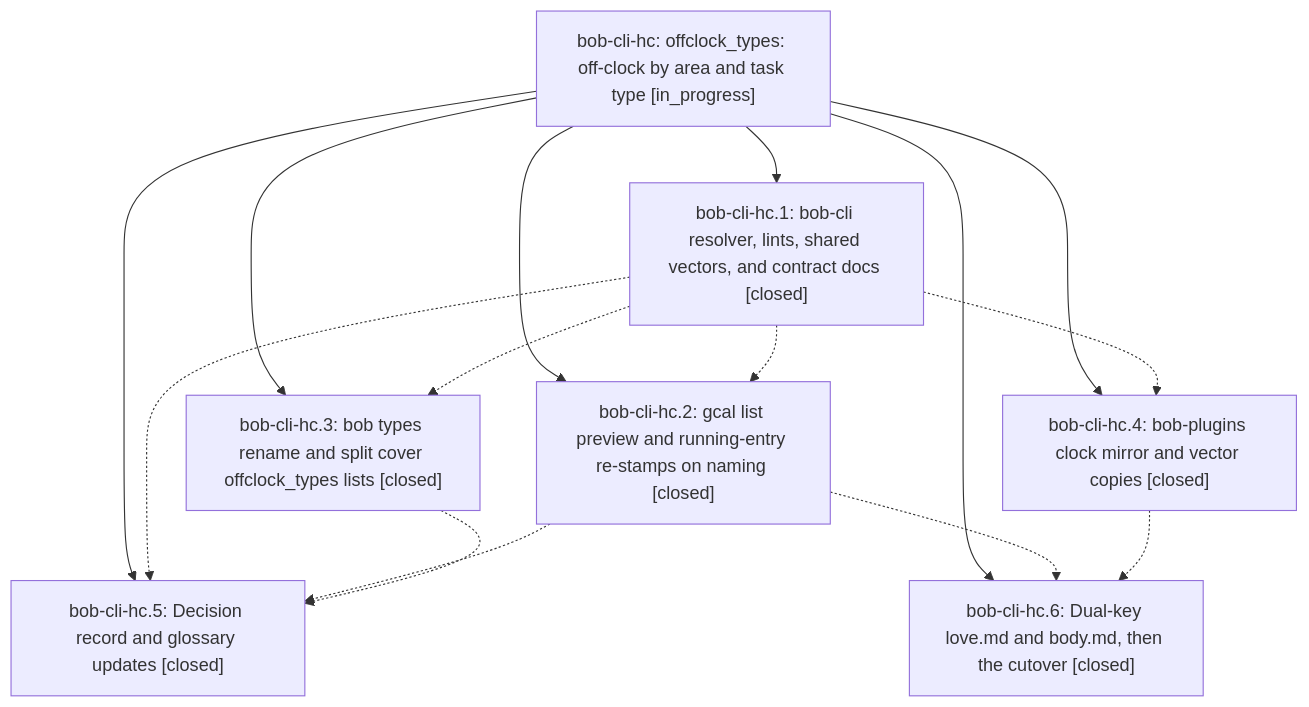
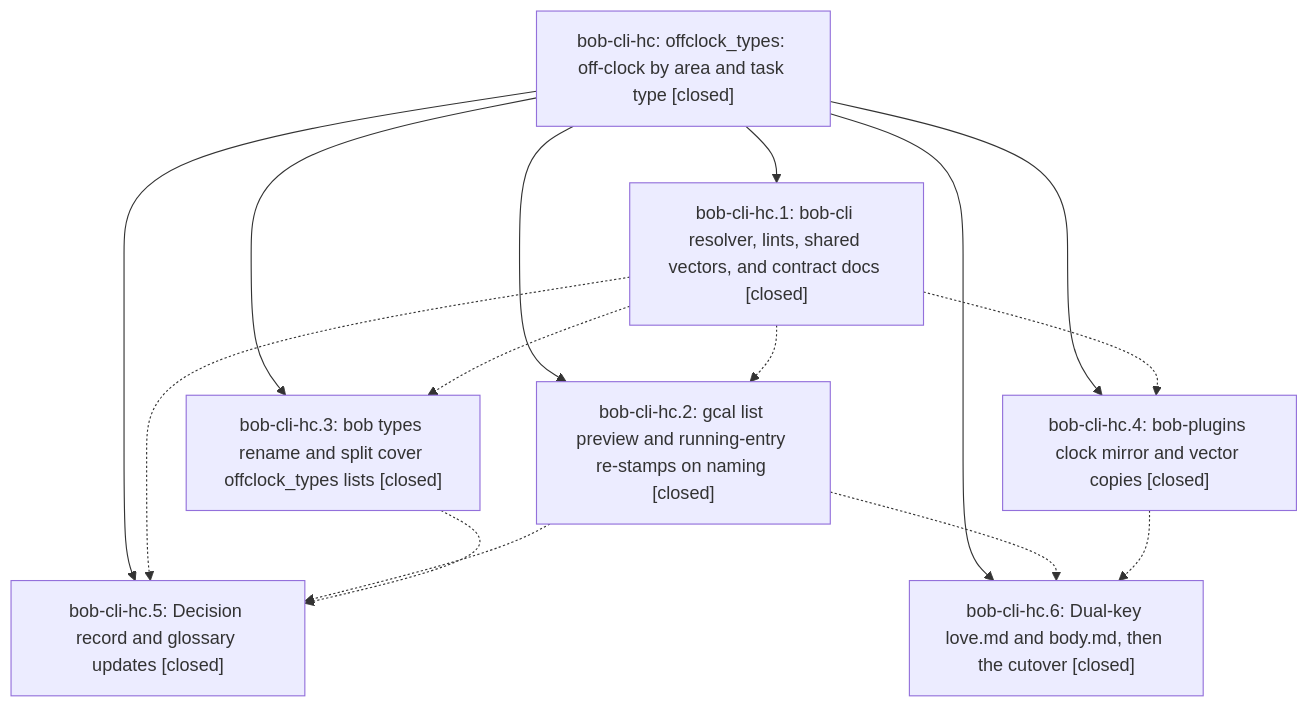
The diagram in pages/bob-cli-hc/README.md (bobs-org/bob-cli--beads), drawn with Mermaid before and after one commit. The commit also changed other lines of this file and 6 other files, not shown here.

First line of the commit message:
chore(beads): sync bead state and pages for bob-cli-hc

````diff
--- a/pages/bob-cli-hc/README.md
+++ b/pages/bob-cli-hc/README.md
@@ -45,24 +49,24 @@
 ```mermaid
 flowchart TD
-    n0["bob-cli-hc: offclock_types: off-clock by area and task type [in_progress]"]
+    n0["bob-cli-hc: offclock_types: off-clock by area and task type [closed]"]
     n1["bob-cli-hc.1: bob-cli resolver, lints, shared vectors, and contract docs [closed]"]
     n2["bob-cli-hc.2: gcal list preview and running-entry re-stamps on naming [closed]"]
     n3["bob-cli-hc.3: bob types rename and split cover offclock_types lists [closed]"]
     n4["bob-cli-hc.4: bob-plugins clock mirror and vector copies [closed]"]
     n5["bob-cli-hc.5: Decision record and glossary updates [closed]"]
     n6["bob-cli-hc.6: Dual-key love.md and body.md, then the cutover [closed]"]
     n0 --> n1
     n0 --> n2
     n0 --> n3
     n0 --> n4
     n0 --> n5
     n0 --> n6
     n1 -.-> n2
     n1 -.-> n3
     n1 -.-> n4
     n1 -.-> n5
     n2 -.-> n5
     n2 -.-> n6
     n3 -.-> n5
     n4 -.-> n6
 ```
````
